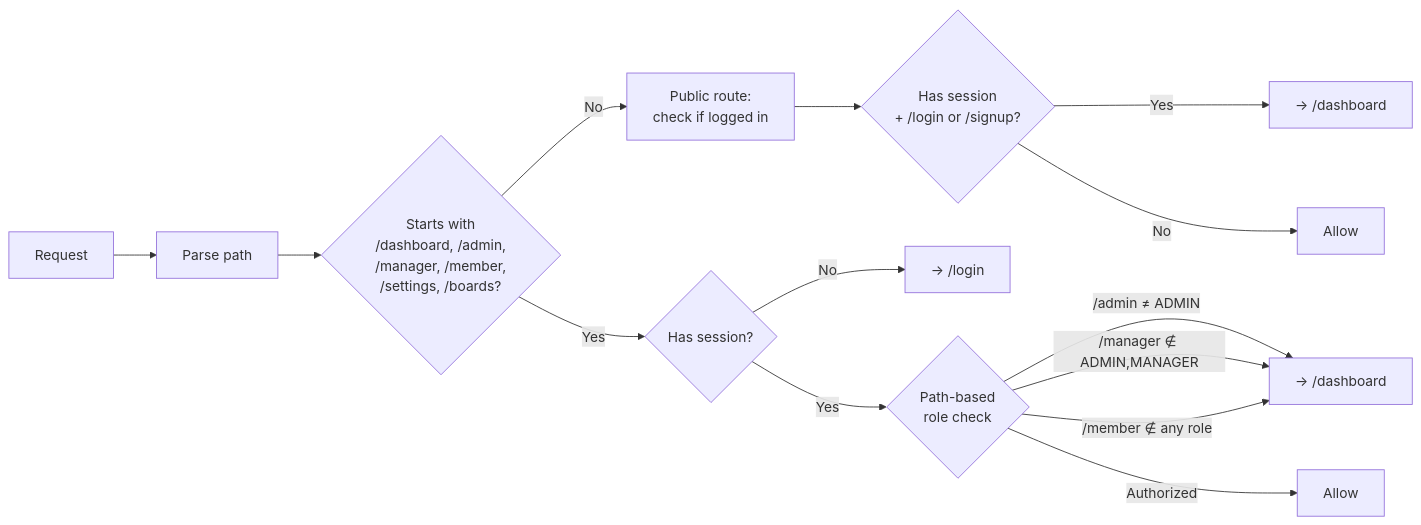
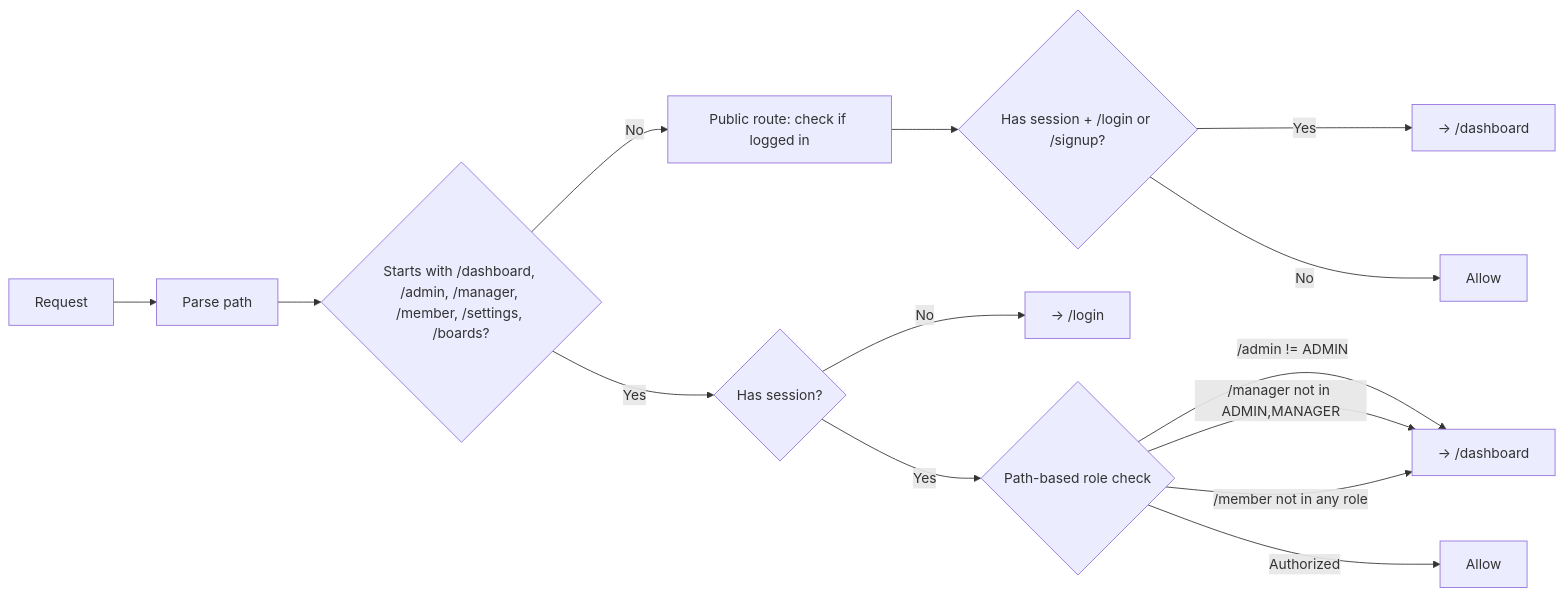
The fifth of 7 diagrams in docs/03-rbac-and-permissions.md (asefahmed500/Smart-Task-App_IIT_DU_Final_Project), drawn with Mermaid before and after one commit. The commit also changed other lines of this file and 8 other files, not shown here.

Commit message:
fix: remove br tags from mermaid diagrams for GitHub rendering

````diff
--- a/docs/03-rbac-and-permissions.md
+++ b/docs/03-rbac-and-permissions.md
@@ -233,16 +233,16 @@
 ```mermaid
 flowchart LR
     REQ["Request"] --> PARSE["Parse path"]
-    PARSE --> PROTECTED{"Starts with<br/>/dashboard, /admin,<br/>/manager, /member,<br/>/settings, /boards?"}
-    PROTECTED -->|No| PUBLIC["Public route:<br/>check if logged in"]
-    PUBLIC --> LOGGED_IN{"Has session<br/>+ /login or /signup?"}
-    LOGGED_IN -->|Yes| REDIRECT_DASH["→ /dashboard"]
+    PARSE --> PROTECTED{"Starts with /dashboard, /admin, /manager, /member, /settings, /boards?"}
+    PROTECTED -->|No| PUBLIC["Public route: check if logged in"]
+    PUBLIC --> LOGGED_IN{"Has session + /login or /signup?"}
+    LOGGED_IN -->|Yes| REDIRECT_DASH["-> /dashboard"]
     LOGGED_IN -->|No| ALLOW["Allow"]
     PROTECTED -->|Yes| HAS_SESSION{"Has session?"}
-    HAS_SESSION -->|No| REDIRECT_LOGIN["→ /login"]
-    HAS_SESSION -->|Yes| RBAC{"Path-based<br/>role check"}
-    RBAC -->|"/admin" ≠ ADMIN| REDIRECT_DASH2["→ /dashboard"]
-    RBAC -->|"/manager" ∉ ADMIN,MANAGER| REDIRECT_DASH2
-    RBAC -->|"/member" ∉ any role| REDIRECT_DASH2
+    HAS_SESSION -->|No| REDIRECT_LOGIN["-> /login"]
+    HAS_SESSION -->|Yes| RBAC{"Path-based role check"}
+    RBAC -->|"/admin" != ADMIN| REDIRECT_DASH2["-> /dashboard"]
+    RBAC -->|"/manager" not in ADMIN,MANAGER| REDIRECT_DASH2
+    RBAC -->|"/member" not in any role| REDIRECT_DASH2
     RBAC -->|Authorized| ALLOW2["Allow"]
 ```
````
